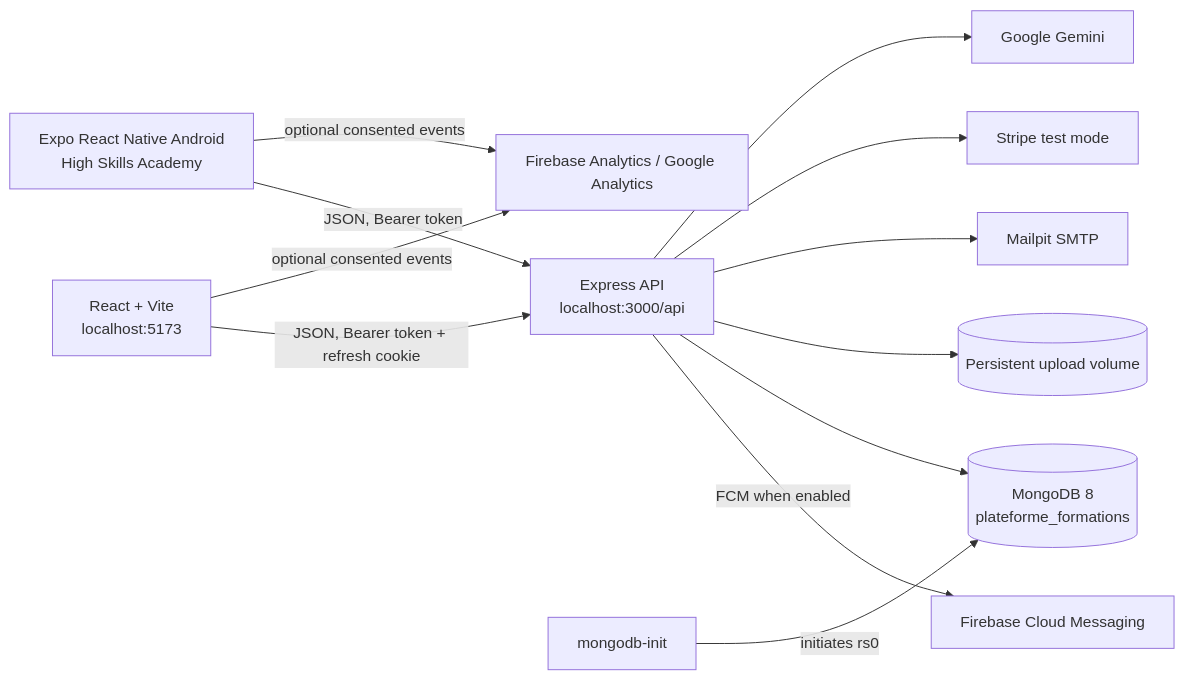
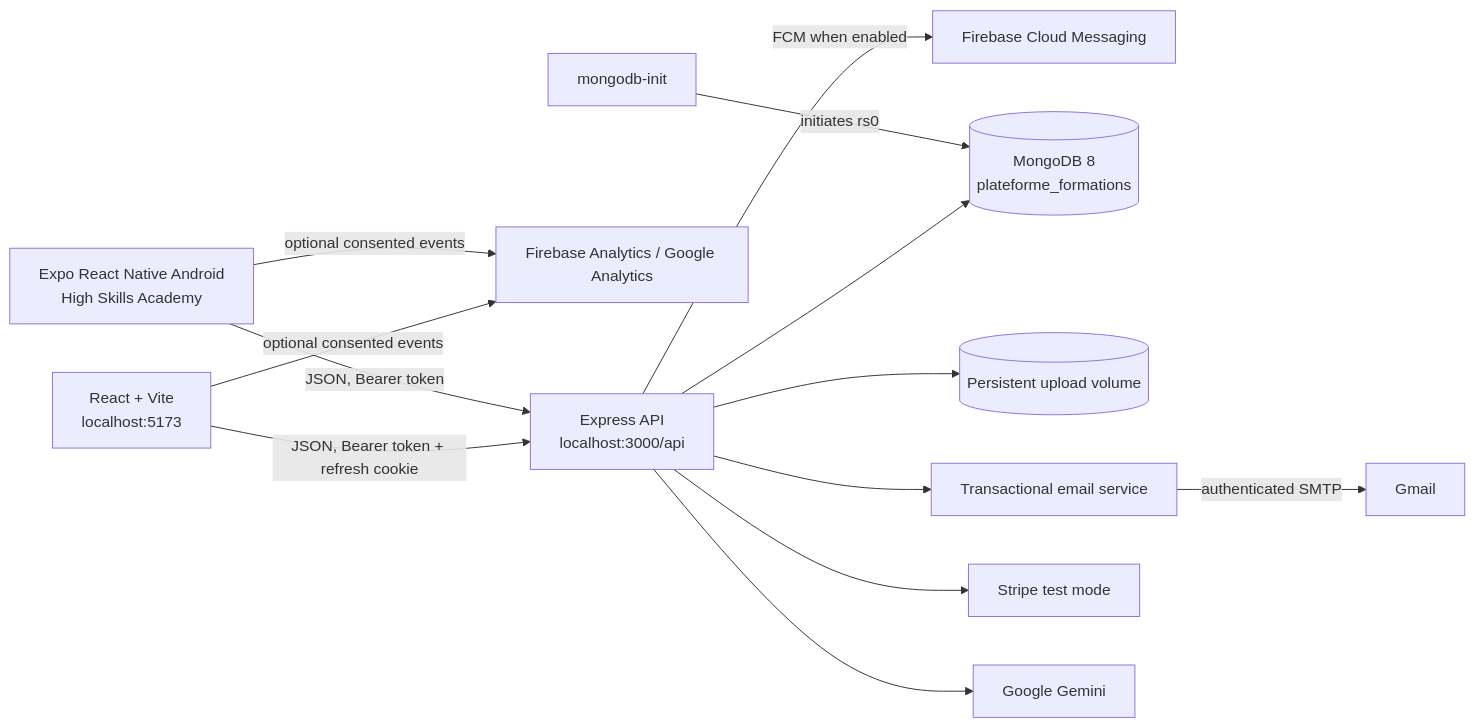
The diagram in README.md (adambsr/Plateforme_Formations), drawn with Mermaid before and after one commit. The commit also changed other lines of this file and 29 other files, not shown here.

Commit message:
Implemented email service for sending emails instead of mailpit.

````diff
--- a/README.md
+++ b/README.md
@@ -28,14 +28,15 @@
 ```mermaid
 flowchart LR
   Browser[React + Vite\nlocalhost:5173] -->|JSON, Bearer token + refresh cookie| API[Express API\nlocalhost:3000/api]
   Browser -->|optional consented events| Firebase[Firebase Analytics / Google Analytics]
   Mobile[Expo React Native Android\nHigh Skills Academy] -->|JSON, Bearer token| API
   Mobile -->|optional consented events| Firebase
   API -->|FCM when enabled| FirebaseMessaging[Firebase Cloud Messaging]
   API --> Mongo[(MongoDB 8\nplateforme_formations)]
   API --> Files[(Persistent upload volume)]
-  API --> Mailpit[Mailpit SMTP]
+  API --> EmailService[Transactional email service]
+  EmailService -->|authenticated SMTP| Gmail[Gmail]
   API --> Stripe[Stripe test mode]
   API --> Gemini[Google Gemini]
   Init[mongodb-init] -->|initiates rs0| Mongo
 ```
````
